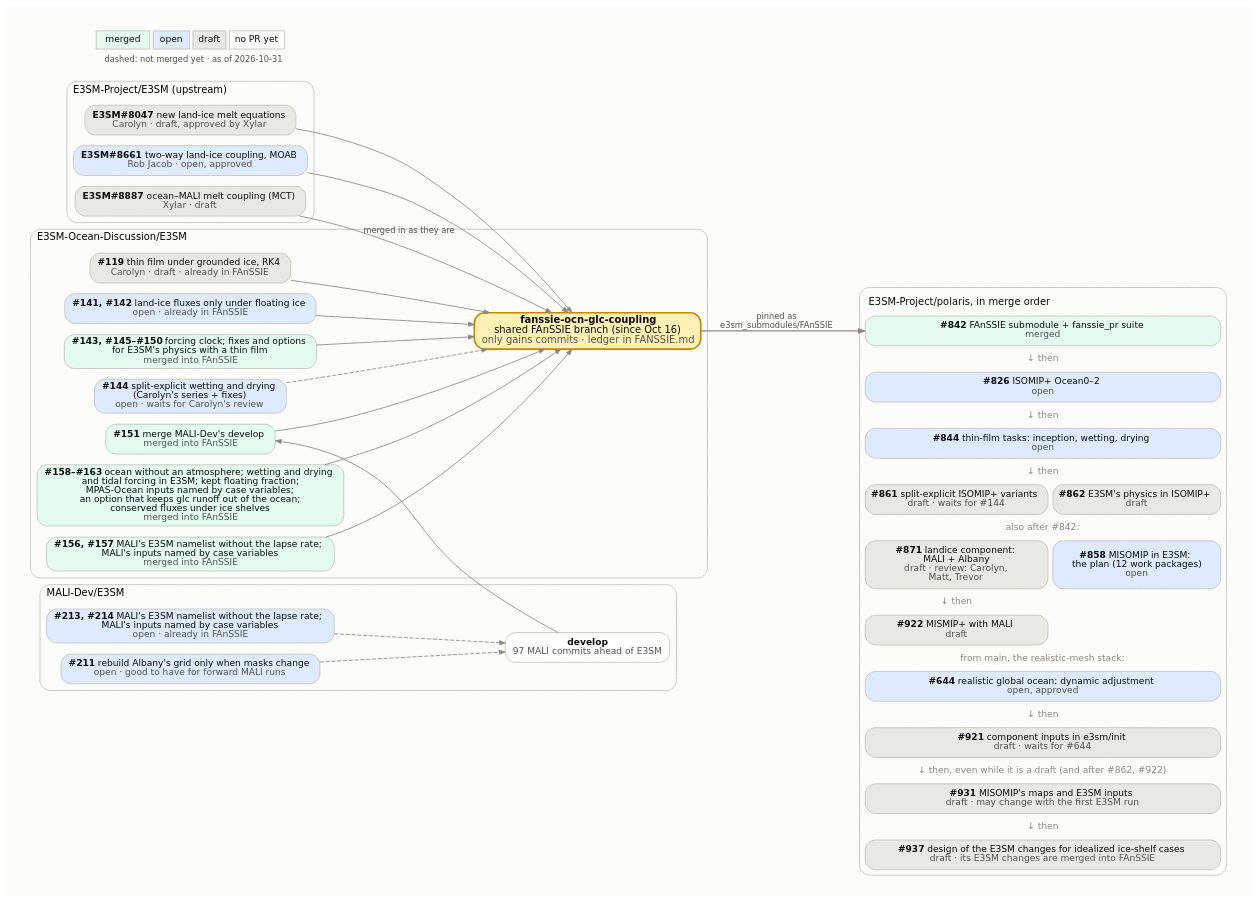
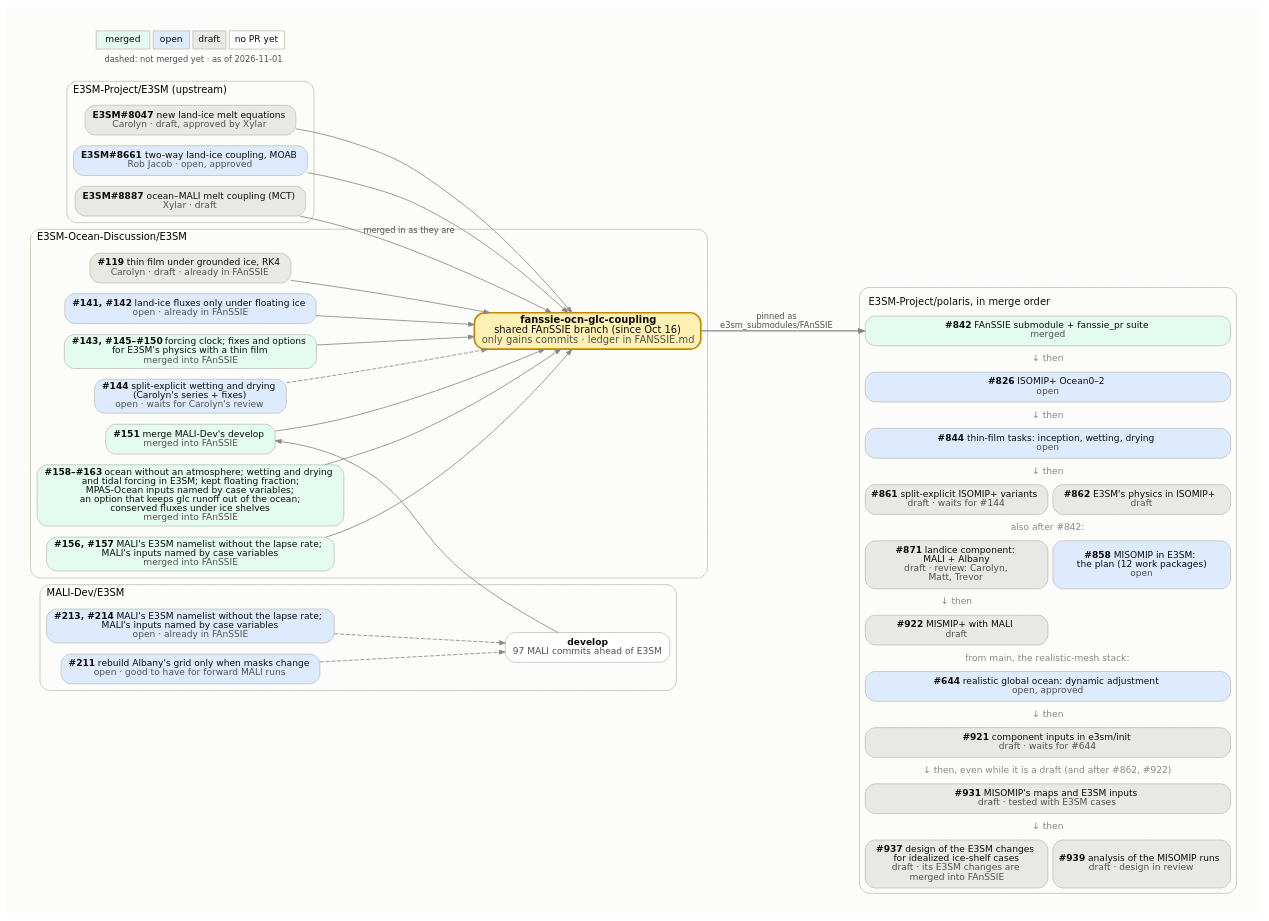
Before and after one commit to E3SM-Project/polaris: the diagram in docs/design_docs/misomip/code_flow.dot, drawn with Graphviz. The commit also changed 3 other files, not shown here.

Commit message:
Show the MISOMIP analysis pull request in the MISOMIP figures

```diff
--- a/docs/design_docs/misomip/code_flow.dot
+++ b/docs/design_docs/misomip/code_flow.dot
@@ -1,103 +1,103 @@
 // How the upstream E3SM PRs, the E3SM-Ocean-Discussion PRs, the
 // fanssie-ocn-glc-coupling branch and the Polaris PRs fit together.
 //
 // Regenerate with Graphviz 14 (Chrysalis's /usr/bin/dot 2.40 lays it out
 // wider), with the text drawn as paths so it looks the same everywhere:
 //
 //     pixi exec -s graphviz dot -Tsvg:cairo code_flow.dot -o code_flow.svg
 //
 // Fill by state: merged #e3fcef, open #deebff, draft #e8e8e4, no PR yet
 // #ffffff. Dashed edges into the FAnSSIE branch mark PRs not merged into it
 // yet. The Polaris side is one HTML-table node, in merge order, because
 // Graphviz would not keep separate boxes in that order. Update the date in
 // the legend.
 digraph fanssie {
   rankdir=LR;
   bgcolor="#fcfcfb";
   pad=0.3;
   nodesep=0.18;
   ranksep=0.7;
   fontname="DejaVu Sans";
   node [shape=box, style="rounded,filled", fontname="DejaVu Sans",
         fontsize=11, color="#c3c2b7", fontcolor="#0b0b0b", penwidth=1,
         margin="0.12,0.06"];
   edge [color="#898781", arrowsize=0.7, fontname="DejaVu Sans",
         fontsize=10, fontcolor="#52514e"];
 
   subgraph cluster_upstream {
     label="E3SM-Project/E3SM (upstream)";
     labeljust=l; fontsize=12; color="#c3c2b7"; style="rounded";
     e8047 [label=<<b>E3SM#8047</b>  new land-ice melt equations<br/><font color="#52514e">Carolyn · draft, approved by Xylar</font>>, fillcolor="#e8e8e4"];
     e8661 [label=<<b>E3SM#8661</b>  two-way land-ice coupling, MOAB<br/><font color="#52514e">Rob Jacob · open, approved</font>>, fillcolor="#deebff"];
     e8887 [label=<<b>E3SM#8887</b>  ocean–MALI melt coupling (MCT)<br/><font color="#52514e">Xylar · draft</font>>, fillcolor="#e8e8e4"];
   }
 
   subgraph cluster_malidev {
     label="MALI-Dev/E3SM";
     labeljust=l; fontsize=12; color="#c3c2b7"; style="rounded";
     malidev [label=<<b>develop</b><br/><font color="#52514e">97 MALI commits ahead of E3SM</font>>, fillcolor="#ffffff"];
     m213 [label=<<b>#213, #214</b>  MALI's E3SM namelist without the lapse rate;<br/>MALI's inputs named by case variables<br/><font color="#52514e">open · already in FAnSSIE</font>>, fillcolor="#deebff"];
     m211 [label=<<b>#211</b>  rebuild Albany's grid only when masks change<br/><font color="#52514e">open · good to have for forward MALI runs</font>>, fillcolor="#deebff"];
   }
 
   subgraph cluster_eod {
     label="E3SM-Ocean-Discussion/E3SM";
     labeljust=l; fontsize=12; color="#c3c2b7"; style="rounded";
     d119 [label=<<b>#119</b>  thin film under grounded ice, RK4<br/><font color="#52514e">Carolyn · draft · already in FAnSSIE</font>>, fillcolor="#e8e8e4"];
     d141 [label=<<b>#141, #142</b>  land-ice fluxes only under floating ice<br/><font color="#52514e">open · already in FAnSSIE</font>>, fillcolor="#deebff"];
     d143 [label=<<b>#143, #145–#150</b>  forcing clock; fixes and options<br/>for E3SM's physics with a thin film<br/><font color="#52514e">merged into FAnSSIE</font>>, fillcolor="#e3fcef"];
     d144 [label=<<b>#144</b>  split-explicit wetting and drying<br/>(Carolyn's series + fixes)<br/><font color="#52514e">open · waits for Carolyn's review</font>>, fillcolor="#deebff"];
     d151 [label=<<b>#151</b>  merge MALI-Dev's develop<br/><font color="#52514e">merged into FAnSSIE</font>>, fillcolor="#e3fcef"];
     d158 [label=<<b>#158–#163</b>  ocean without an atmosphere; wetting and drying<br/>and tidal forcing in E3SM; kept floating fraction;<br/>MPAS-Ocean inputs named by case variables;<br/>an option that keeps glc runoff out of the ocean;<br/>conserved fluxes under ice shelves<br/><font color="#52514e">merged into FAnSSIE</font>>, fillcolor="#e3fcef"];
     d156 [label=<<b>#156, #157</b>  MALI's E3SM namelist without the lapse rate;<br/>MALI's inputs named by case variables<br/><font color="#52514e">merged into FAnSSIE</font>>, fillcolor="#e3fcef"];
     fanssie [label=<<b>fanssie-ocn-glc-coupling</b><br/>shared FAnSSIE branch (since Oct 16)<br/><font color="#52514e">only gains commits · ledger in FANSSIE.md</font>>,
              fillcolor="#fff0b3", penwidth=2, color="#c98500", fontsize=12];
   }
 
   polaris [shape=plaintext, style="", label=<
     <table border="1" color="#c3c2b7" style="rounded" cellborder="1" cellspacing="6" cellpadding="4" bgcolor="#fcfcfb">
       <tr><td border="0" colspan="2" align="left"><font point-size="12">E3SM-Project/polaris, in merge order</font></td></tr>
       <tr><td port="p842" bgcolor="#e3fcef" colspan="2" style="rounded" cellpadding="6"><b>#842</b>  FAnSSIE submodule + fanssie_pr suite<br/><font color="#52514e">merged</font></td></tr>
       <tr><td border="0" colspan="2"><font color="#898781">↓ then</font></td></tr>
       <tr><td port="p826" bgcolor="#deebff" colspan="2" style="rounded" cellpadding="6"><b>#826</b>  ISOMIP+ Ocean0–2<br/><font color="#52514e">open</font></td></tr>
       <tr><td border="0" colspan="2"><font color="#898781">↓ then</font></td></tr>
       <tr><td port="p844" bgcolor="#deebff" colspan="2" style="rounded" cellpadding="6"><b>#844</b>  thin-film tasks: inception, wetting, drying<br/><font color="#52514e">open</font></td></tr>
       <tr><td border="0" colspan="2"><font color="#898781">↓ then</font></td></tr>
       <tr><td port="p861" bgcolor="#e8e8e4" colspan="1" style="rounded" cellpadding="6"><b>#861</b>  split-explicit ISOMIP+ variants<br/><font color="#52514e">draft · waits for #144</font></td><td port="p862" bgcolor="#e8e8e4" colspan="1" style="rounded" cellpadding="6"><b>#862</b>  E3SM's physics in ISOMIP+<br/><font color="#52514e">draft</font></td></tr>
       <tr><td border="0" colspan="2"><font color="#898781">also after #842:</font></td></tr>
       <tr><td port="p871" bgcolor="#e8e8e4" colspan="1" style="rounded" cellpadding="6"><b>#871</b>  landice component:<br/>MALI + Albany<br/><font color="#52514e">draft · review: Carolyn,<br/>Matt, Trevor</font></td><td port="p858" bgcolor="#deebff" colspan="1" style="rounded" cellpadding="6"><b>#858</b>  MISOMIP in E3SM:<br/>the plan (12 work packages)<br/><font color="#52514e">open</font></td></tr>
       <tr><td border="0" colspan="1"><font color="#898781">↓ then</font></td><td border="0" colspan="1"></td></tr>
       <tr><td port="p922" bgcolor="#e8e8e4" colspan="1" style="rounded" cellpadding="6"><b>#922</b>  MISMIP+ with MALI<br/><font color="#52514e">draft</font></td><td border="0" colspan="1"></td></tr>
       <tr><td border="0" colspan="2"><font color="#898781">from main, the realistic-mesh stack:</font></td></tr>
       <tr><td port="p644" bgcolor="#deebff" colspan="2" style="rounded" cellpadding="6"><b>#644</b>  realistic global ocean: dynamic adjustment<br/><font color="#52514e">open, approved</font></td></tr>
       <tr><td border="0" colspan="2"><font color="#898781">↓ then</font></td></tr>
       <tr><td port="p921" bgcolor="#e8e8e4" colspan="2" style="rounded" cellpadding="6"><b>#921</b>  component inputs in e3sm/init<br/><font color="#52514e">draft · waits for #644</font></td></tr>
       <tr><td border="0" colspan="2"><font color="#898781">↓ then, even while it is a draft (and after #862, #922)</font></td></tr>
-      <tr><td port="pwp56" bgcolor="#e8e8e4" colspan="2" style="rounded" cellpadding="6"><b>#931</b>  MISOMIP's maps and E3SM inputs<br/><font color="#52514e">draft · may change with the first E3SM run</font></td></tr>
+      <tr><td port="pwp56" bgcolor="#e8e8e4" colspan="2" style="rounded" cellpadding="6"><b>#931</b>  MISOMIP's maps and E3SM inputs<br/><font color="#52514e">draft · tested with E3SM cases</font></td></tr>
       <tr><td border="0" colspan="2"><font color="#898781">↓ then</font></td></tr>
-      <tr><td port="pwp7" bgcolor="#e8e8e4" colspan="2" style="rounded" cellpadding="6"><b>#937</b>  design of the E3SM changes for idealized ice-shelf cases<br/><font color="#52514e">draft · its E3SM changes are merged into FAnSSIE</font></td></tr>
+      <tr><td port="pwp7" bgcolor="#e8e8e4" colspan="1" style="rounded" cellpadding="6"><b>#937</b>  design of the E3SM changes<br/>for idealized ice-shelf cases<br/><font color="#52514e">draft · its E3SM changes are<br/>merged into FAnSSIE</font></td><td port="pwp9" bgcolor="#e8e8e4" colspan="1" style="rounded" cellpadding="6"><b>#939</b>  analysis of the MISOMIP runs<br/><font color="#52514e">draft · design in review</font></td></tr>
     </table>>];
 
   e8047 -> fanssie;
   e8661 -> fanssie;
   e8887 -> fanssie [label="merged in as they are"];
   d119 -> fanssie;
   d141 -> fanssie;
   d143 -> fanssie;
   d144 -> fanssie [style=dashed];
   m211 -> malidev [style=dashed];
   m213 -> malidev [style=dashed];
   d156 -> fanssie;
   d158 -> fanssie;
   malidev -> d151 [constraint=false];
   d151 -> fanssie;
 
   fanssie -> polaris:p842 [label="pinned as
 e3sm_submodules/FAnSSIE", penwidth=1.5];
 
   legend [shape=plaintext, style="", label=<
     <table border="0" cellborder="1" cellspacing="4" cellpadding="4" color="#c3c2b7">
       <tr><td bgcolor="#e3fcef">merged</td><td bgcolor="#deebff">open</td><td bgcolor="#e8e8e4">draft</td><td bgcolor="#ffffff">no PR yet</td></tr>
-      <tr><td colspan="4" border="0"><font point-size="10" color="#52514e">dashed: not merged yet · as of 2026-10-31</font></td></tr>
+      <tr><td colspan="4" border="0"><font point-size="10" color="#52514e">dashed: not merged yet · as of 2026-11-01</font></td></tr>
     </table>>];
 }
```
